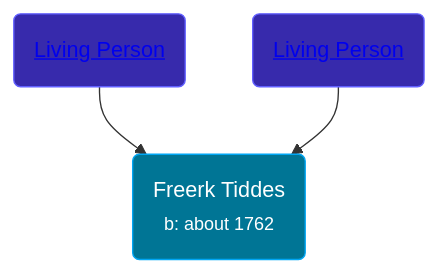
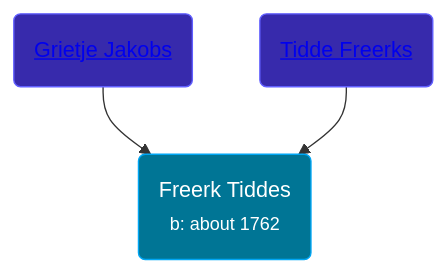
Before and after one commit to wpmgotkh/wpmgotkh.github.io: the diagram in pages/people/2/21111317.md, drawn with Mermaid. The commit also changed other lines of this file and 586 other files, not shown here.

Commit message:
feat: better shouldConsiderPersonLiving algo

````diff
--- a/pages/people/2/21111317.md
+++ b/pages/people/2/21111317.md
@@ -11,9 +11,9 @@
 ```mermaid
 graph
 classDef grands fill:#193cb8,stroke:#2b7fff,stroke-width:1px,color:#fff;
 classDef parents fill:#372aac,stroke:#615fff,stroke-width:1px,color:#fff;
 classDef primary fill:#007595,stroke:#00a6f4,stroke-width:1px,color:#fff;
 21111317(Freerk Tiddes<br /><small>b: about 1762</small>):::primary
-42339241(<a class="text-white" href="/people/4/42339241">Living Person</a>):::parents-->21111317
-35267914(<a class="text-white" href="/people/3/35267914">Living Person</a>):::parents-->21111317
+42339241(<a class="text-white" href="/people/4/42339241">Grietje Jakobs</a>):::parents-->21111317
+35267914(<a class="text-white" href="/people/3/35267914">Tidde Freerks</a>):::parents-->21111317
 ```
````
